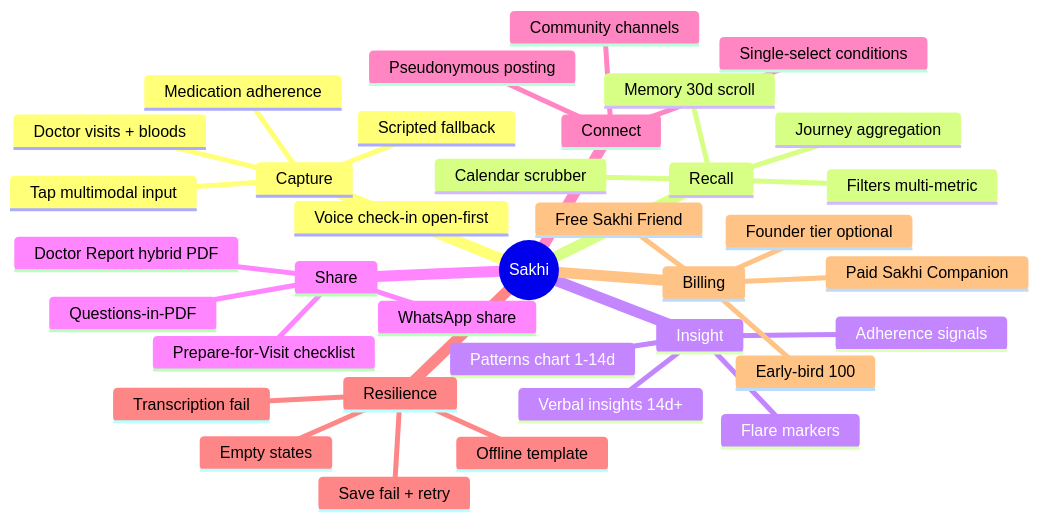
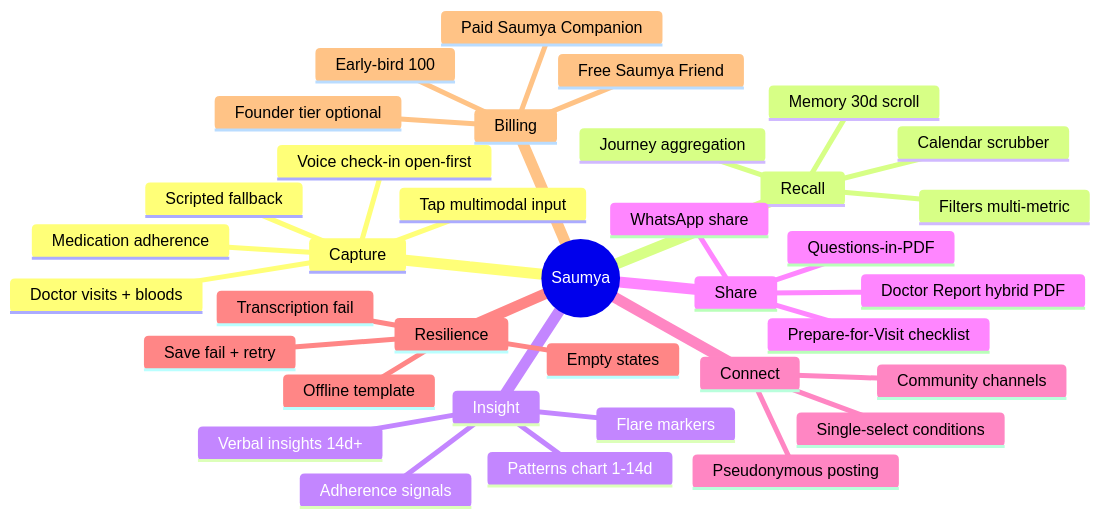
The sixth of 7 diagrams in docs/build-plan.md (rewant24/autoimmune-health-companion), drawn with Mermaid before and after one commit. The commit also changed other lines of this file and 21 other files, not shown here.

First line of the commit message:
refactor: rename product Sakhi → Saumya across code, docs, and Vercel project

````diff
--- a/docs/build-plan.md
+++ b/docs/build-plan.md
@@ -882,39 +882,39 @@
 ```mermaid
 mindmap
-  root((Sakhi))
+  root((Saumya))
     Capture
       Voice check-in open-first
       Scripted fallback
       Tap multimodal input
       Medication adherence
       Doctor visits + bloods
     Recall
       Memory 30d scroll
       Journey aggregation
       Calendar scrubber
       Filters multi-metric
     Insight
       Patterns chart 1-14d
       Verbal insights 14d+
       Flare markers
       Adherence signals
     Share
       Doctor Report hybrid PDF
       WhatsApp share
       Prepare-for-Visit checklist
       Questions-in-PDF
     Connect
       Community channels
       Pseudonymous posting
       Single-select conditions
     Resilience
       Offline template
       Transcription fail
       Save fail + retry
       Empty states
     Billing
-      Free Sakhi Friend
-      Paid Sakhi Companion
+      Free Saumya Friend
+      Paid Saumya Companion
       Early-bird 100
       Founder tier optional
 ```
````
